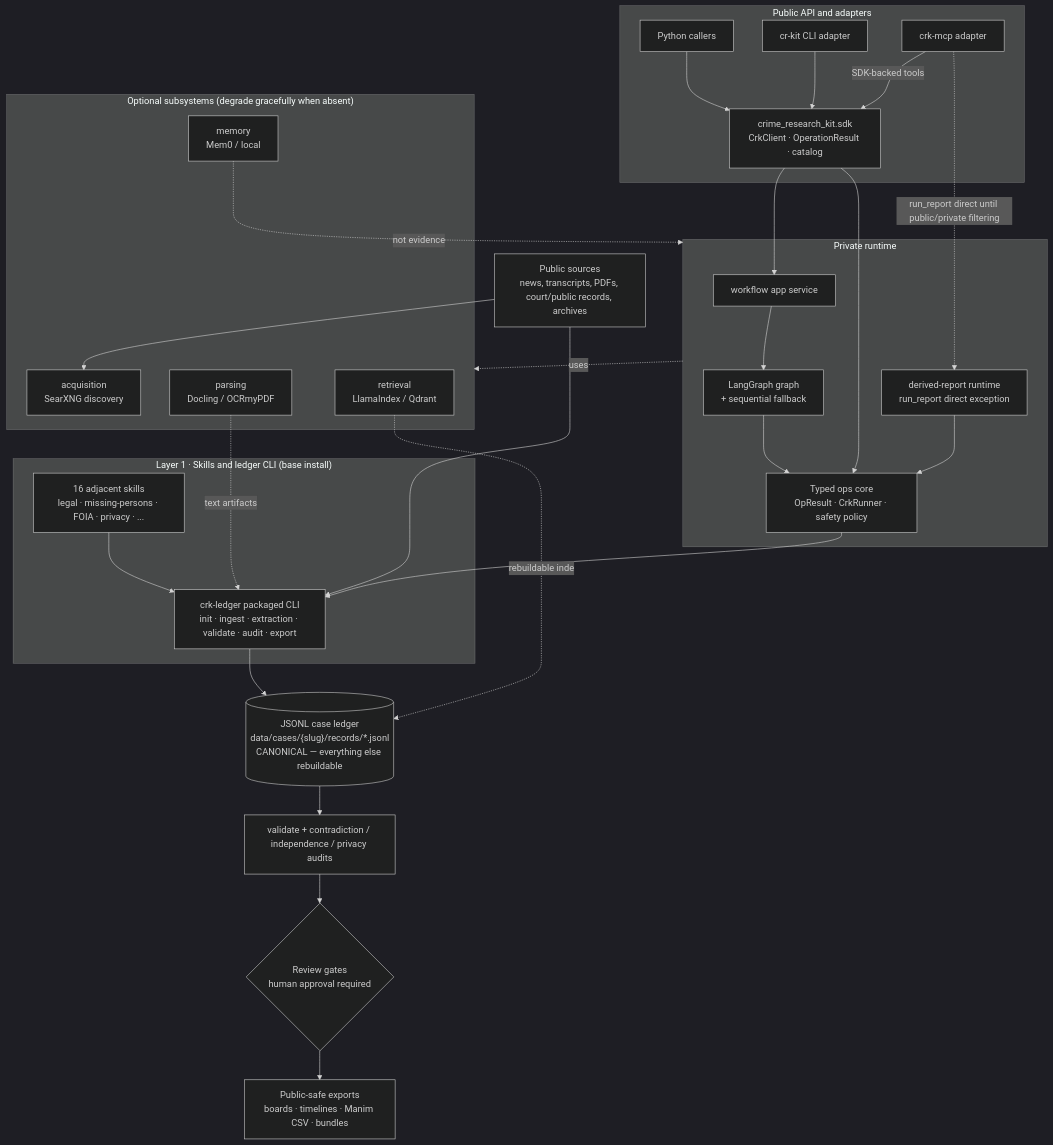
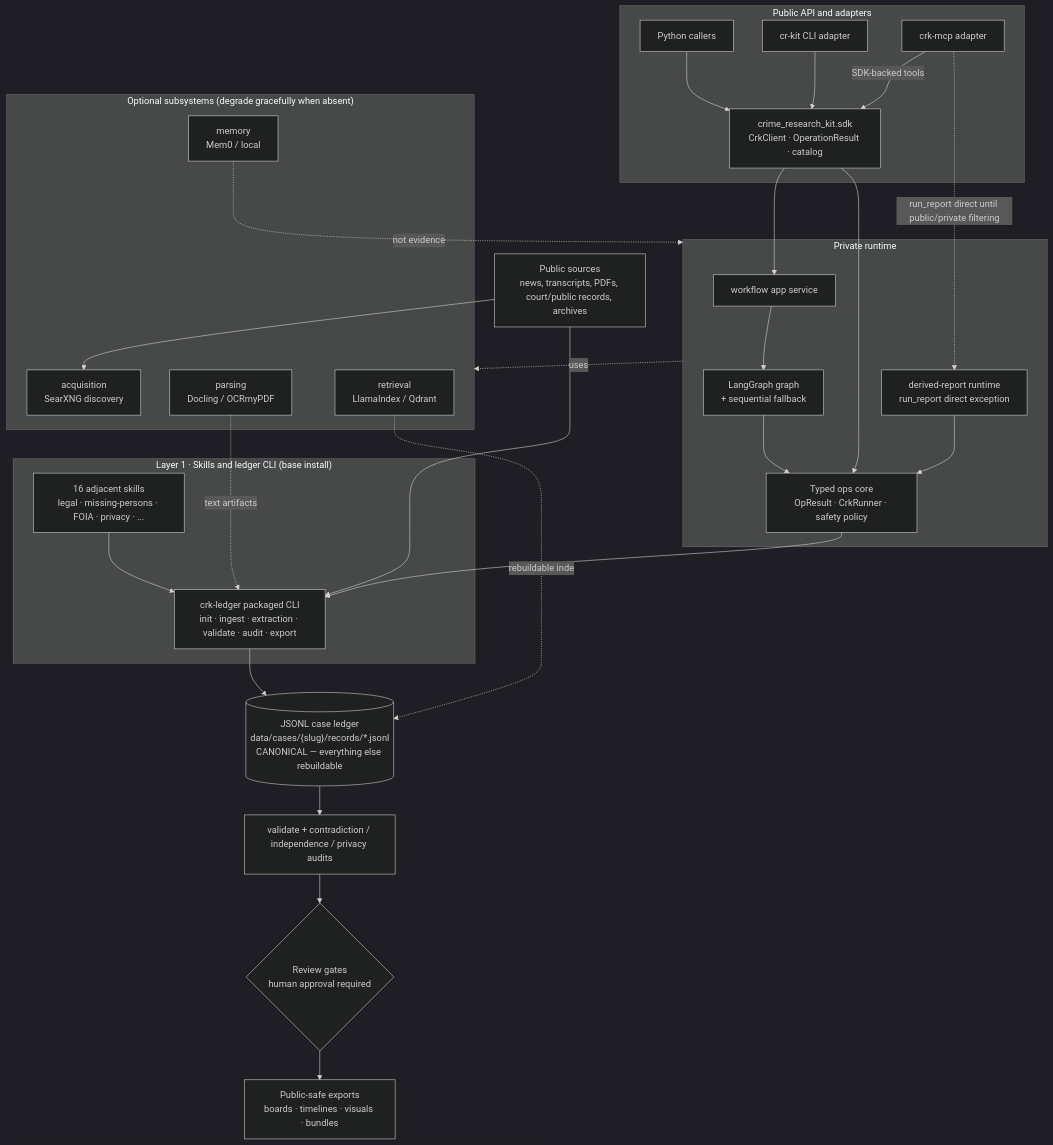
One commit to StonedAcademia/crime-research-kit changed the diagram in docs/guides/architecture/system-overview.md. Above: the diagram before and after it, drawn with Mermaid (dark theme). The commit also changed 42 other files, not shown here.

````diff
--- a/docs/guides/architecture/system-overview.md
+++ b/docs/guides/architecture/system-overview.md
@@ -46,52 +46,52 @@
 ```mermaid
 flowchart TB
   SRC["Public sources<br/>news, transcripts, PDFs, court/public records, archives"]
 
   subgraph SKILL["Layer 1 · Skills and ledger CLI (base install)"]
     TCR["crk-ledger packaged CLI<br/>init · ingest · extraction · validate · audit · export"]
     ADJ["16 adjacent skills<br/>legal · missing-persons · FOIA · privacy · ..."]
   end
 
   subgraph PUB["Public API and adapters"]
     PY["Python callers"]
     SDK["crime_research_kit.sdk<br/>CrkClient · OperationResult · catalog"]
     CLI2["cr-kit CLI adapter"]
     MCP["crk-mcp adapter"]
     PY --> SDK
     CLI2 --> SDK
     MCP -->|SDK-backed tools| SDK
   end
 
   subgraph APP["Private runtime"]
     SVC["workflow app service"]
     GRAPH["LangGraph graph<br/>+ sequential fallback"]
     OPS["Typed ops core<br/>OpResult · CrkRunner · safety policy"]
     RPT["derived-report runtime<br/>run_report direct exception"]
     SDK --> SVC
     SDK --> OPS
     MCP -.run_report direct until public/private filtering.-> RPT
     SVC --> GRAPH
     GRAPH --> OPS
     RPT --> OPS
   end
 
   subgraph OPT["Optional subsystems (degrade gracefully when absent)"]
     ACQ["acquisition<br/>SearXNG discovery"]
     PARSE["parsing<br/>Docling / OCRmyPDF"]
     RET["retrieval<br/>LlamaIndex / Qdrant"]
     MEM["memory<br/>Mem0 / local"]
   end
 
   SRC --> TCR
   SRC --> ACQ
   ADJ --> TCR
   OPS --> TCR
   APP -.uses.-> OPT
   TCR --> LED[("JSONL case ledger<br/>data/cases/{slug}/records/*.jsonl<br/>CANONICAL — everything else rebuildable")]
   PARSE -.text artifacts.-> TCR
   RET -.rebuildable index.-> LED
   MEM -.not evidence.-> APP
   LED --> VAL["validate + contradiction / independence / privacy audits"]
   VAL --> GATE{"Review gates<br/>human approval required"}
-  GATE --> EXP["Public-safe exports<br/>boards · timelines · Manim CSV · bundles"]
+  GATE --> EXP["Public-safe exports<br/>boards · timelines · visuals · bundles"]
 ```
````
